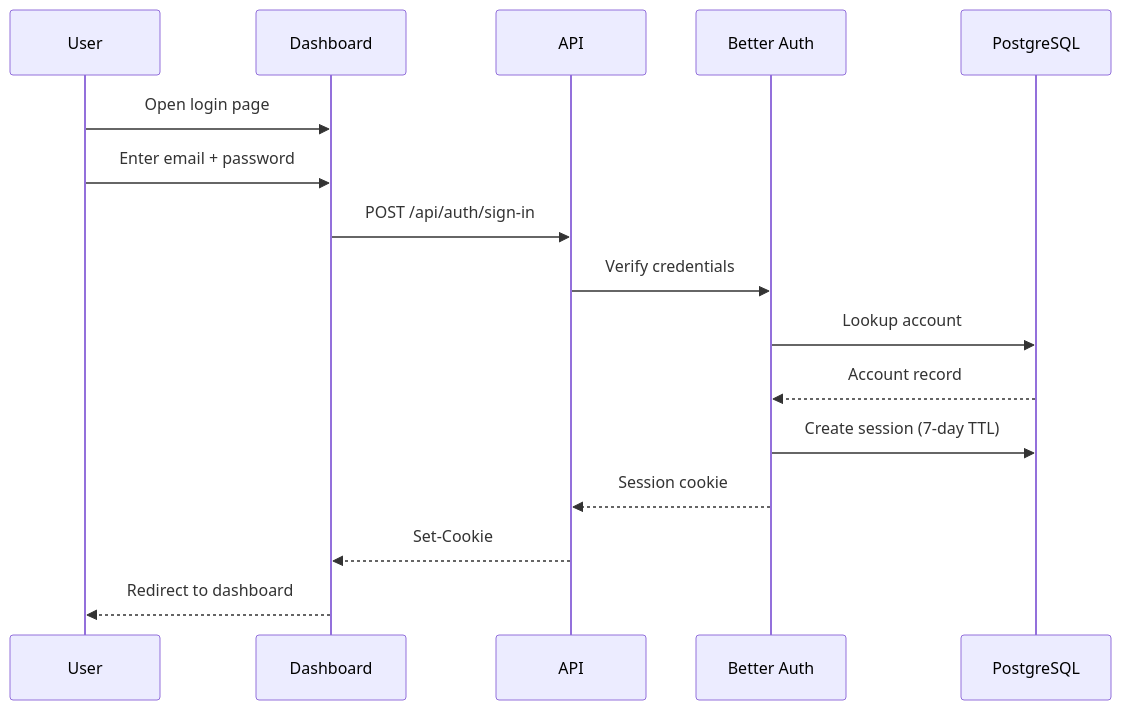
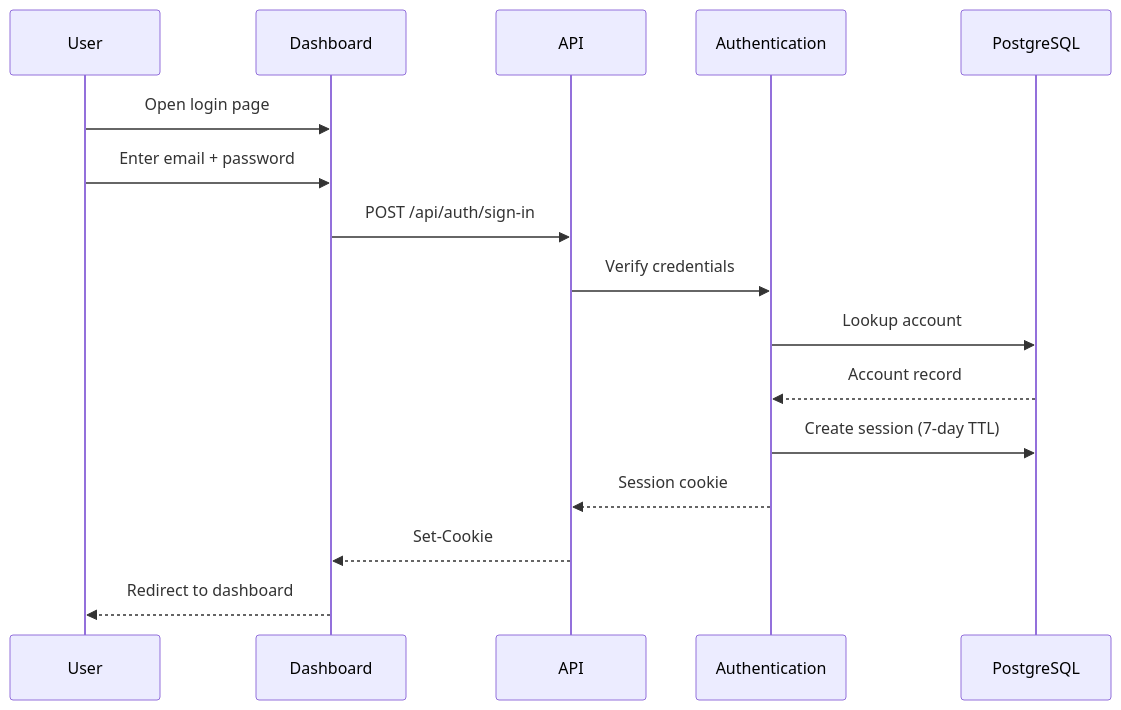
Before and after one commit to punitarani/abadge: the second of 15 diagrams in apps/docs/workflows/flows.mdx, drawn with Mermaid. The commit also changed other lines of this file and 16 other files, not shown here.

````diff
--- a/apps/docs/workflows/flows.mdx
+++ b/apps/docs/workflows/flows.mdx
@@ -50,19 +50,19 @@
 ```mermaid
 sequenceDiagram
   participant User as User
   participant Web as Dashboard
   participant API as API
-  participant Auth as Better Auth
+  participant Auth as Authentication
   participant DB as PostgreSQL
 
   User->>Web: Open login page
   User->>Web: Enter email + password
   Web->>API: POST /api/auth/sign-in
   API->>Auth: Verify credentials
   Auth->>DB: Lookup account
   DB-->>Auth: Account record
   Auth->>DB: Create session (7-day TTL)
   Auth-->>API: Session cookie
   API-->>Web: Set-Cookie
   Web-->>User: Redirect to dashboard
 ```
````
